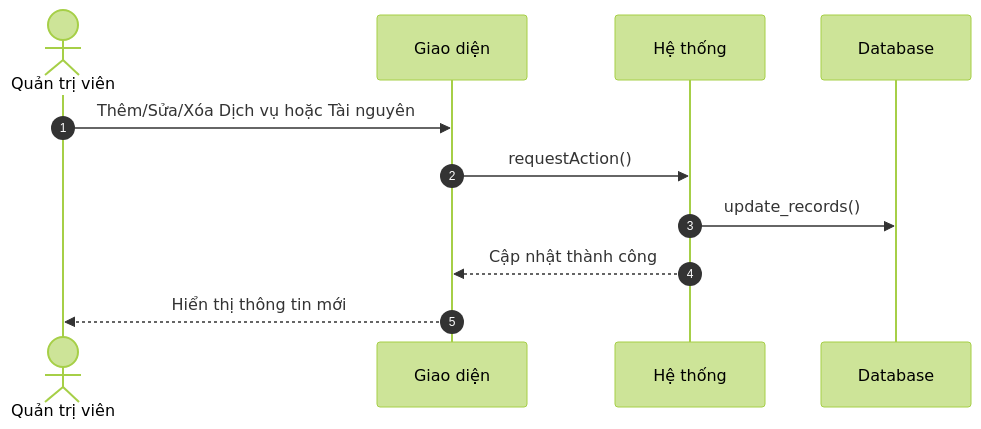
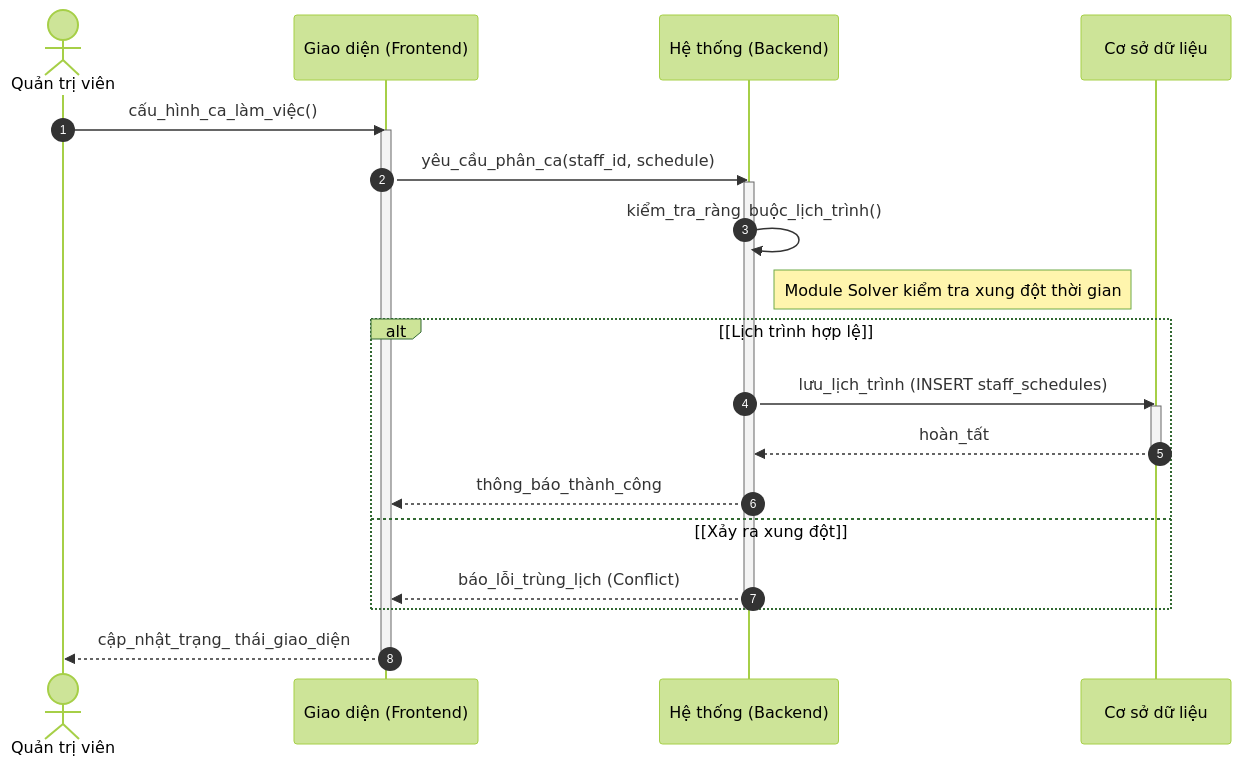
Before and after one commit to ngoctinn/Synapse: the first of 2 diagrams in docs/design/sequences_simplified/admin_flows.md, drawn with Mermaid (forest theme). The commit also changed other lines of this file and 4 other files, not shown here.

Commit message:
docs: Add simplified sequence diagrams for receptionist, technician, admin, customer, and authentication flows.

````diff
--- a/docs/design/sequences_simplified/admin_flows.md
+++ b/docs/design/sequences_simplified/admin_flows.md
@@ -9,16 +9,29 @@
 ```mermaid
 sequenceDiagram
     autonumber
     actor QTV as Quản trị viên
-    participant UI as Giao diện
-    participant HT as Hệ thống
-    participant DB as Database
+    participant FE as Giao diện (Frontend)
+    participant BE as Hệ thống (Backend)
+    participant DB as Cơ sở dữ liệu
 
-    QTV->>UI: Thêm/Sửa/Xóa Dịch vụ hoặc Tài nguyên
-    UI->>HT: requestAction()
+    QTV->>FE: cấu_hình_ca_làm_việc()
+    activate FE
+    FE->>BE: yêu_cầu_phân_ca(staff_id, schedule)
+    activate BE
 
-    HT->>DB: update_records()
+    BE->>BE: kiểm_tra_ràng_buộc_lịch_trình()
+    Note right of BE: Module Solver kiểm tra xung đột thời gian
 
-    HT-->>UI: Cập nhật thành công
-    UI-->>QTV: Hiển thị thông tin mới
+    alt [Lịch trình hợp lệ]
+        BE->>DB: lưu_lịch_trình (INSERT staff_schedules)
+        activate DB
+        DB-->>BE: hoàn_tất
+        deactivate DB
+        BE-->>FE: thông_báo_thành_công
+    else [Xảy ra xung đột]
+        BE-->>FE: báo_lỗi_trùng_lịch (Conflict)
+    end
+    deactivate BE
+    FE-->>QTV: cập_nhật_trạng_ thái_giao_diện
+    deactivate FE
 ```
````
